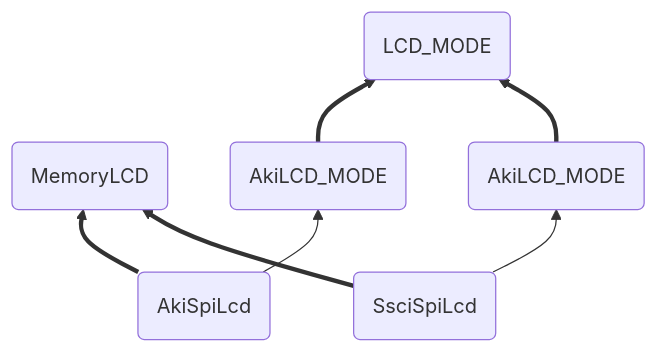
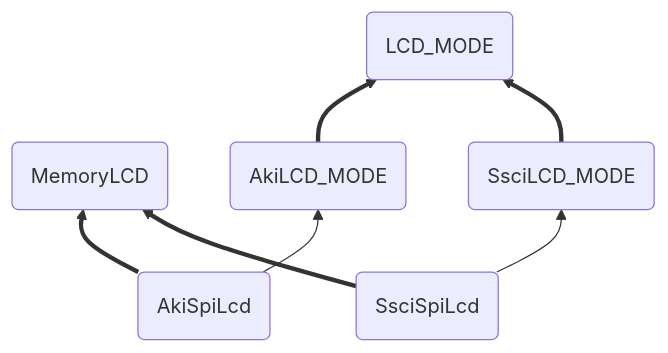
Before and after one commit to K4zuki/AkiSpiLcd: the diagram in markdown/3.0_portingSSCI.md, drawn with Mermaid. The commit also changed other lines of this file, not shown here.

````diff
--- a/markdown/3.0_portingSSCI.md
+++ b/markdown/3.0_portingSSCI.md
@@ -174,11 +182,11 @@
 ```{.mermaid loc=images/mermaid-filter}
 %% Example diagram
 graph BT
     A(AkiSpiLcd) ==> M(MemoryLCD)
     S(SsciSpiLcd) ==> M
     A --> AM
     S --> SM
 
     AM(AkiLCD_MODE) ==> LM(LCD_MODE)
-    SM(AkiLCD_MODE) ==> LM(LCD_MODE)
+    SM(SsciLCD_MODE) ==> LM(LCD_MODE)
 ```
````
